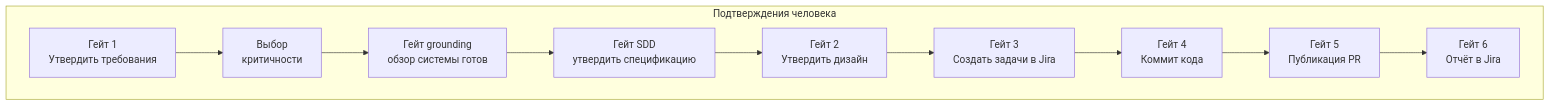
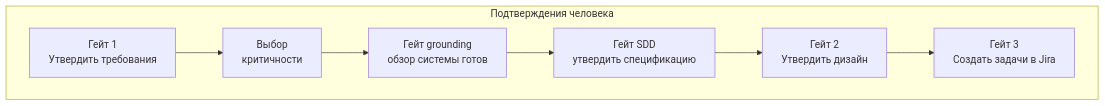
Before and after one commit to i-gabdrahmanov/skills: the second of 4 diagrams in forge/docs/pipeline-business.md, drawn with Mermaid. The commit also changed other lines of this file and 11 other files, not shown here.

````diff
--- a/forge/docs/pipeline-business.md
+++ b/forge/docs/pipeline-business.md
@@ -72,15 +80,12 @@
 ```mermaid
 flowchart TB
     subgraph Подтверждения человека
       G1[Гейт 1<br/>Утвердить требования]
       GC[Выбор<br/>критичности]
       GG[Гейт grounding<br/>обзор системы готов]
       GS[Гейт SDD<br/>утвердить спецификацию]
       G2[Гейт 2<br/>Утвердить дизайн]
       G3[Гейт 3<br/>Создать задачи в Jira]
-      G4[Гейт 4<br/>Коммит кода]
-      G5[Гейт 5<br/>Публикация PR]
-      G6[Гейт 6<br/>Отчёт в Jira]
     end
-    G1 --> GC --> GG --> GS --> G2 --> G3 --> G4 --> G5 --> G6
+    G1 --> GC --> GG --> GS --> G2 --> G3
 ```
````
